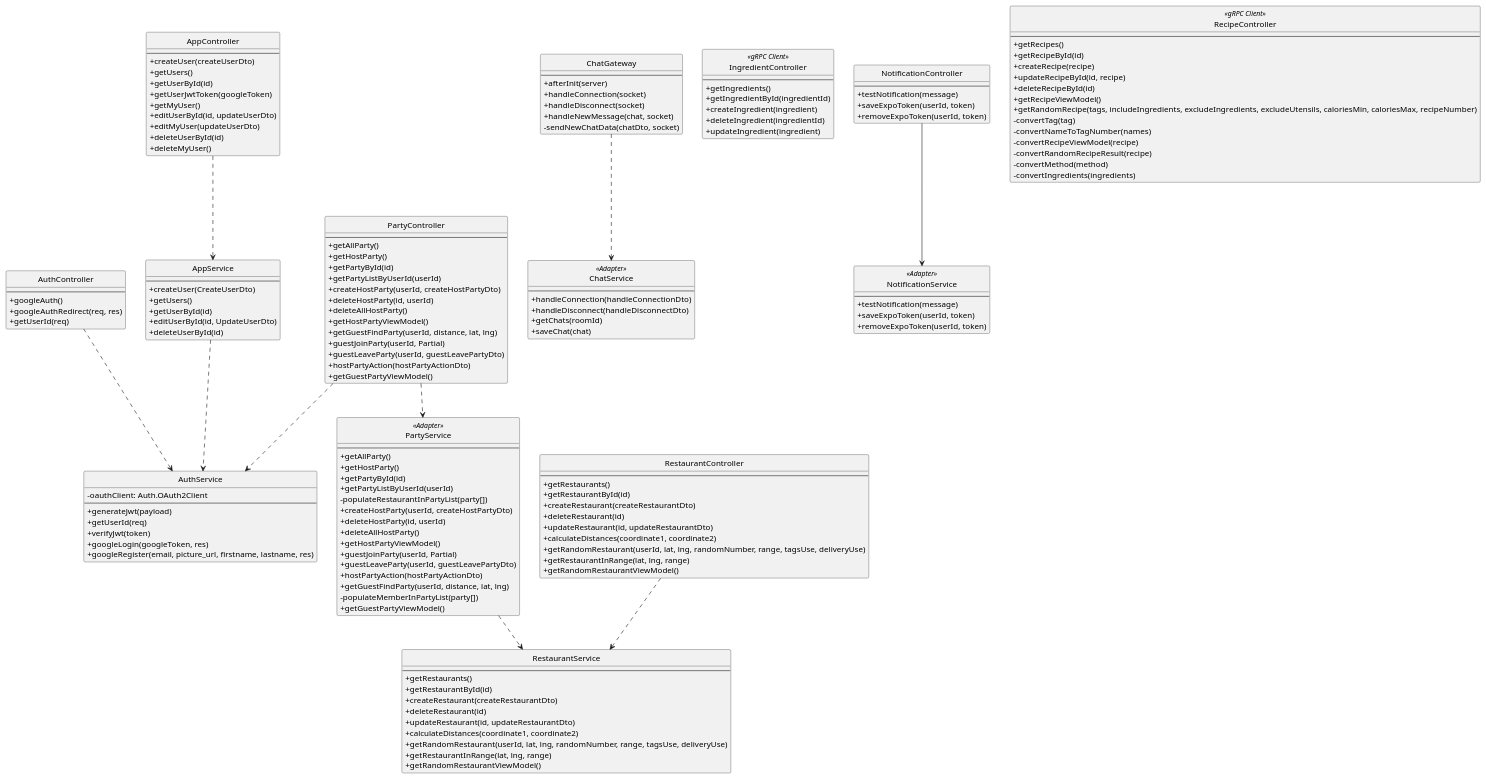
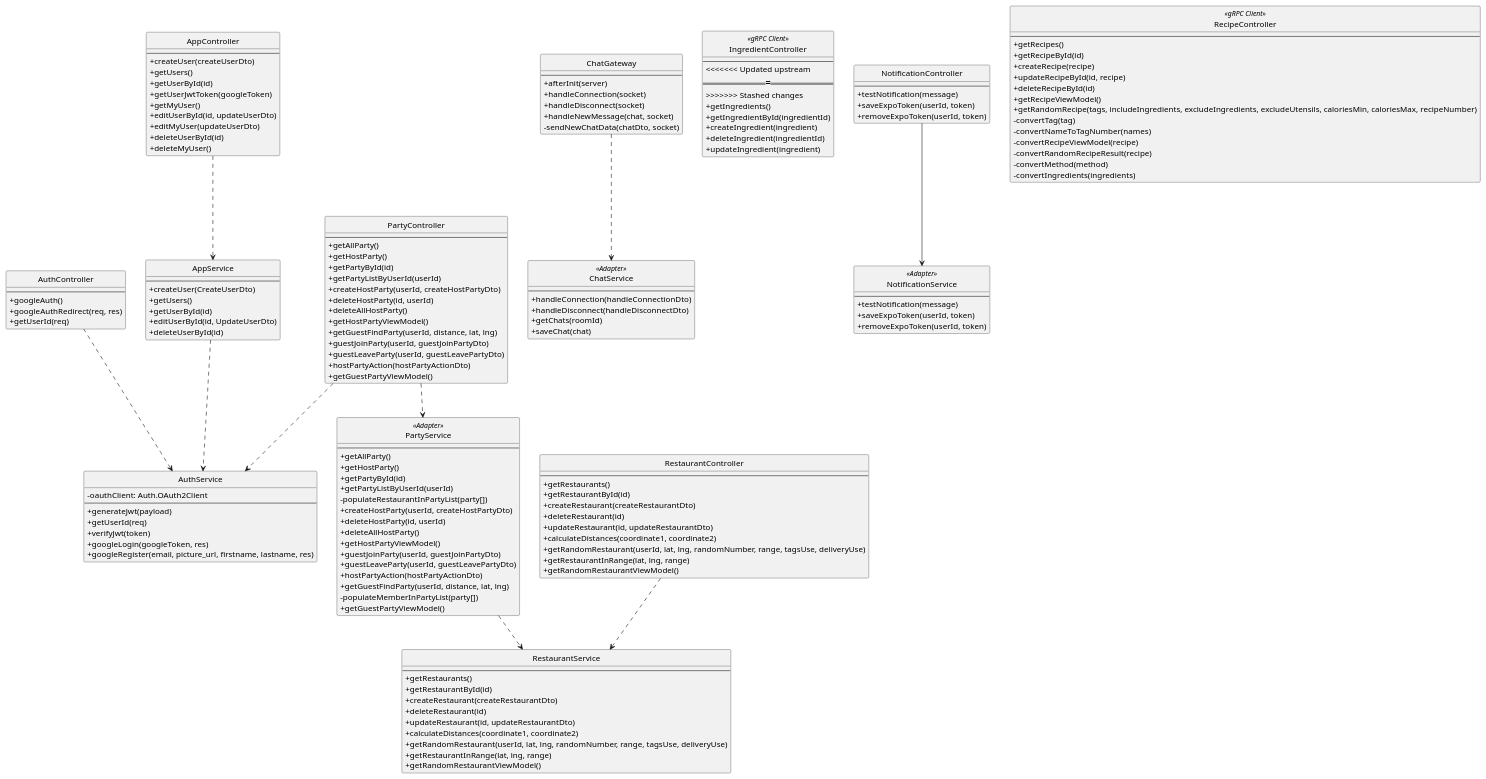
The diagram in Diagrams/classDiagram/api-gateway.plantuml (pakornyodkab/foodHelpr), drawn with PlantUML before and after one commit. The commit also changed 1 other file, not shown here.

```diff
--- a/Diagrams/classDiagram/api-gateway.plantuml
+++ b/Diagrams/classDiagram/api-gateway.plantuml
@@ -1,178 +1,182 @@
 @startuml
 skinparam classAttributeIconSize 0
 
 hide circle
 
 AuthController ..> AuthService
 
 class  AuthController {
   ----
   + googleAuth()
   + googleAuthRedirect(req, res)
   + getUserId(req)
 }
 
 class  AuthService {
   - oauthClient: Auth.OAuth2Client
   ----
   + generateJwt(payload)
   + getUserId(req)
   + verifyJwt(token)
   + googleLogin(googleToken, res)
   + googleRegister(email, picture_url, firstname, lastname, res)
 }
 
 ChatGateway ..> ChatService
 
 class  ChatGateway {
   ----
   +  afterInit(server)
   +  handleConnection(socket)
   +  handleDisconnect(socket)
   +  handleNewMessage(chat, socket)
   -  sendNewChatData(chatDto, socket)
 }
 
 class  ChatService <<Adapter>> {
   ----
   + handleConnection(handleConnectionDto)
   + handleDisconnect(handleDisconnectDto)
   + getChats(roomId)
   + saveChat(chat)
 }
 
 class  IngredientController <<gRPC Client>> {
   ----
+<<<<<<< Updated upstream
+=======
+  ' + onModuleInit()
+>>>>>>> Stashed changes
   + getIngredients()
   + getIngredientById(ingredientId)
   + createIngredient(ingredient)
   + deleteIngredient(ingredientId)
   + updateIngredient(ingredient)
 }
 
 NotificationController --> NotificationService
 
 class  NotificationController {
   ----
   + testNotification(message)
   + saveExpoToken(userId, token)
   + removeExpoToken(userId, token)
 }
 
 class  NotificationService <<Adapter>> {
   ----
   + testNotification(message)
   + saveExpoToken(userId, token)
   + removeExpoToken(userId, token)
 }
 
 PartyController ..> PartyService
 PartyController ..> AuthService
 PartyService ..> RestaurantService
 
 class  PartyController {
   ----
   + getAllParty()
   + getHostParty()
   + getPartyById(id)
   + getPartyListByUserId(userId)
   + createHostParty(userId, createHostPartyDto)
   + deleteHostParty(id, userId)
   + deleteAllHostParty()
   + getHostPartyViewModel()
   + getGuestFindParty(userId, distance, lat, lng)
-  + guestJoinParty(userId, Partial)
+  + guestJoinParty(userId, guestJoinPartyDto)
   + guestLeaveParty(userId, guestLeavePartyDto)
   + hostPartyAction(hostPartyActionDto)
   + getGuestPartyViewModel()
 }
 
 class  PartyService <<Adapter>> {
   ----
   + getAllParty()
   + getHostParty()
   + getPartyById(id)
   + getPartyListByUserId(userId)
   - populateRestaurantInPartyList(party[])
   + createHostParty(userId, createHostPartyDto)
   + deleteHostParty(id, userId)
   + deleteAllHostParty()
   + getHostPartyViewModel()
-  + guestJoinParty(userId, Partial)
+  + guestJoinParty(userId, guestJoinPartyDto)
   + guestLeaveParty(userId, guestLeavePartyDto)
   + hostPartyAction(hostPartyActionDto)
   + getGuestFindParty(userId, distance, lat, lng)
   - populateMemberInPartyList(party[])
   + getGuestPartyViewModel()
 }
 
 class  RecipeController <<gRPC Client>>{
   ----
   + getRecipes()
   + getRecipeById(id)
   + createRecipe(recipe)
   + updateRecipeById(id, recipe)
   + deleteRecipeById(id)
   + getRecipeViewModel()
   + getRandomRecipe(tags, includeIngredients, excludeIngredients, excludeUtensils, caloriesMin, caloriesMax, recipeNumber)
   - convertTag(tag)
   - convertNameToTagNumber(names)
   - convertRecipeViewModel(recipe)
   - convertRandomRecipeResult(recipe)
   - convertMethod(method)
   - convertIngredients(ingredients)
 }
 
 RestaurantController ..> RestaurantService
 
 class RestaurantController {
   ---
   + getRestaurants()
   + getRestaurantById(id)
   + createRestaurant(createRestaurantDto)
   + deleteRestaurant(id)
   + updateRestaurant(id, updateRestaurantDto)
   + calculateDistances(coordinate1, coordinate2)
   + getRandomRestaurant(userId, lat, lng, randomNumber, range, tagsUse, deliveryUse)
   + getRestaurantInRange(lat, lng, range)
   + getRandomRestaurantViewModel()
 }
 
 class RestaurantService {
   ---
   + getRestaurants()
   + getRestaurantById(id)
   + createRestaurant(createRestaurantDto)
   + deleteRestaurant(id)
   + updateRestaurant(id, updateRestaurantDto)
   + calculateDistances(coordinate1, coordinate2)
   + getRandomRestaurant(userId, lat, lng, randomNumber, range, tagsUse, deliveryUse)
   + getRestaurantInRange(lat, lng, range)
   + getRandomRestaurantViewModel()
 }
 
 AppController ..> AppService
 AppService ..> AuthService
 
 class AppController {
   ---
   + createUser(createUserDto)
   + getUsers()
   + getUserById(id)
   + getUserJwtToken(googleToken)
   + getMyUser()
   + editUserById(id, updateUserDto)
   + editMyUser(updateUserDto)
   + deleteUserById(id)
   + deleteMyUser()
 }
 
 class AppService {
   ---
   + createUser(CreateUserDto)
   + getUsers()
   + getUserById(id)
   + editUserById(id, UpdateUserDto)
   + deleteUserById(id)
 }
 @enduml
```
